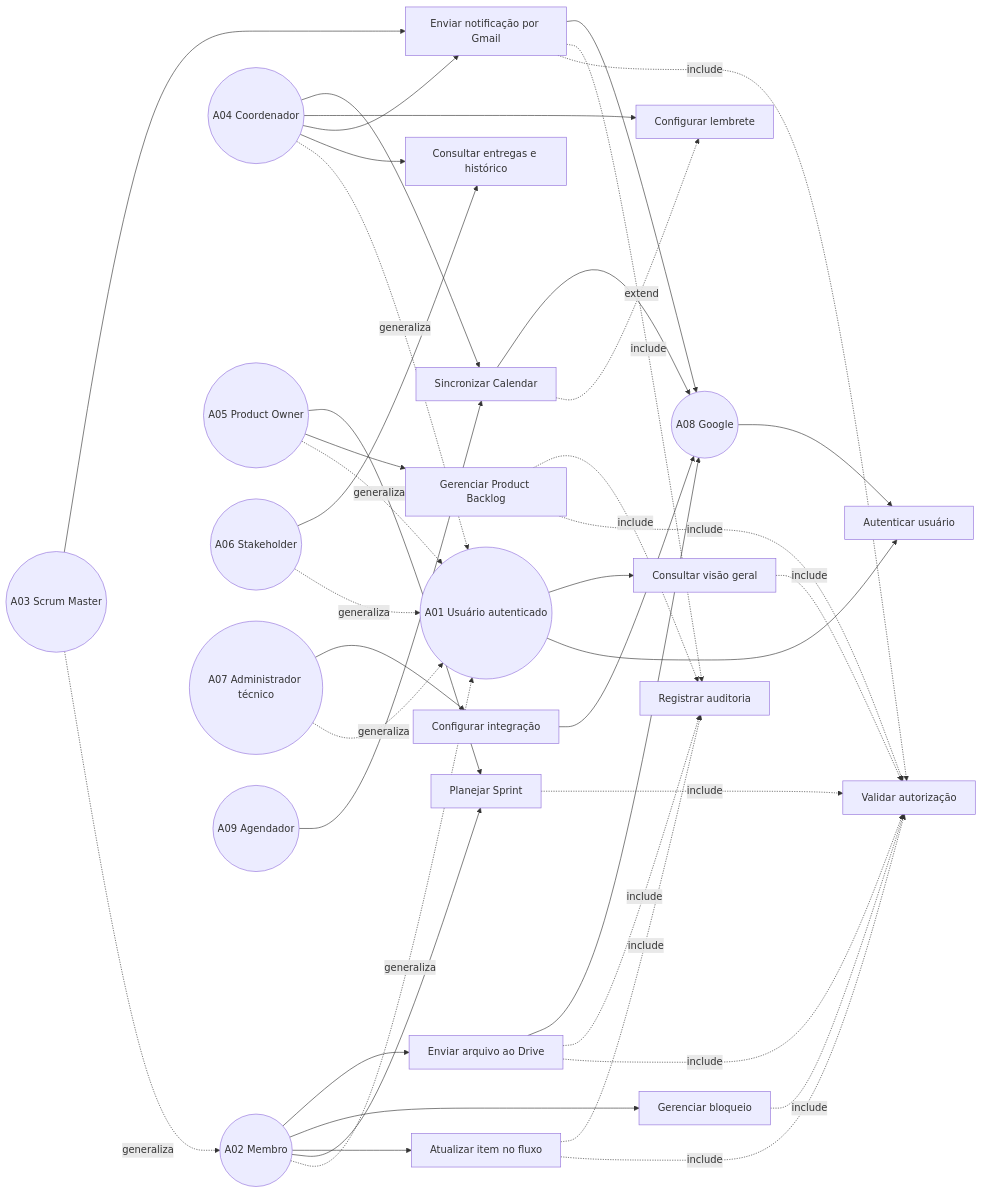
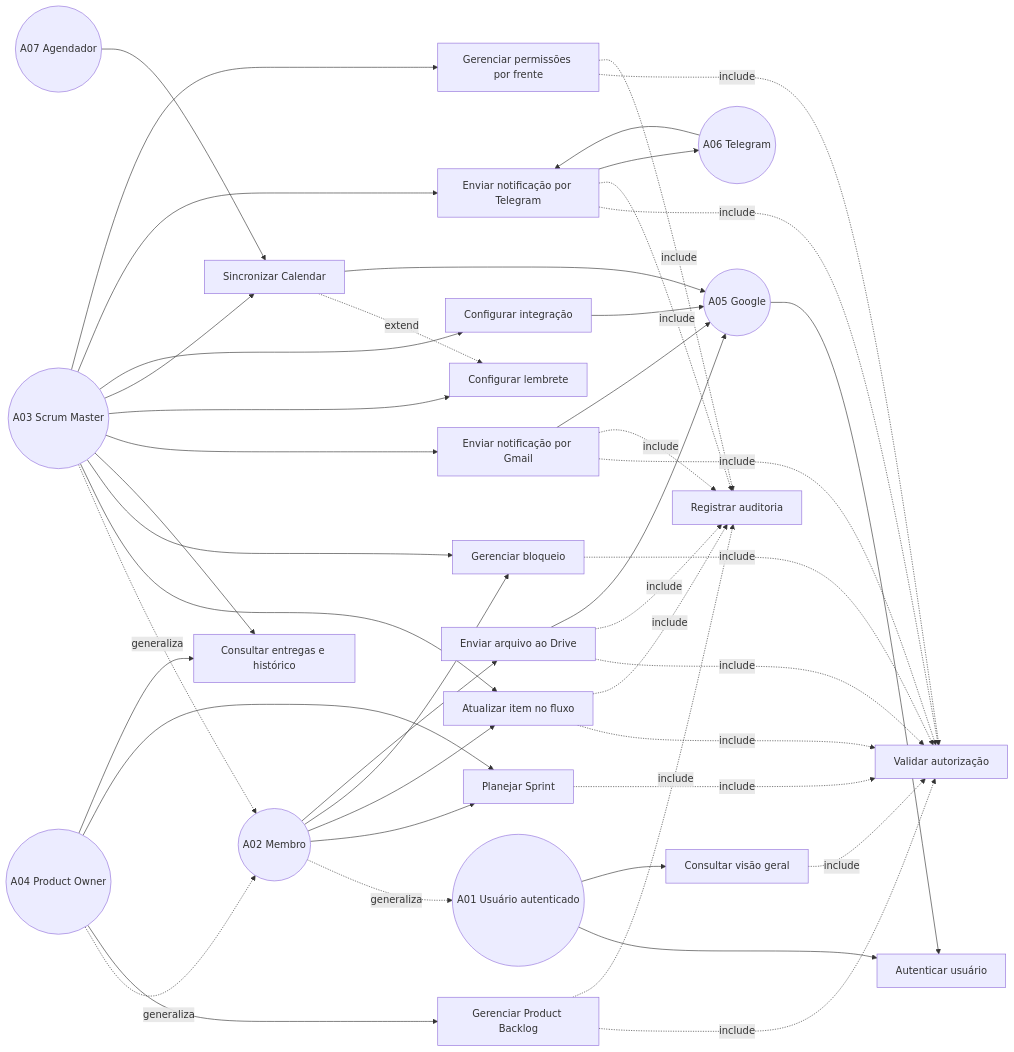
The diagram in docs/especificao-de-software/03-casos-de-uso.md (LuHenRe/PETBSI-SCRUM), drawn with Mermaid before and after one commit. The commit also changed other lines of this file and 13 other files, not shown here.

````diff
--- a/docs/especificao-de-software/03-casos-de-uso.md
+++ b/docs/especificao-de-software/03-casos-de-uso.md
@@ -28,69 +26,75 @@
 ```mermaid
 flowchart LR
     Usuario((A01 Usuário autenticado))
     Membro((A02 Membro))
     ScrumMaster((A03 Scrum Master))
-    Coordenador((A04 Coordenador))
-    PO((A05 Product Owner))
-    Stakeholder((A06 Stakeholder))
-    Admin((A07 Administrador técnico))
-    Google((A08 Google))
-    Scheduler((A09 Agendador))
+    PO((A04 Product Owner))
+    Google((A05 Google))
+    Telegram((A06 Telegram))
+    Scheduler((A07 Agendador))
 
     Membro -. generaliza .-> Usuario
     ScrumMaster -. generaliza .-> Membro
-    Coordenador -. generaliza .-> Usuario
-    PO -. generaliza .-> Usuario
-    Stakeholder -. generaliza .-> Usuario
-    Admin -. generaliza .-> Usuario
+    PO -. generaliza .-> Membro
 
     UC01[Autenticar usuário]
     UC02[Consultar visão geral]
     UC03[Gerenciar Product Backlog]
     UC04[Planejar Sprint]
     UC05[Atualizar item no fluxo]
     UC06[Gerenciar bloqueio]
     UC07[Consultar entregas e histórico]
     UC08[Enviar arquivo ao Drive]
     UC09[Enviar notificação por Gmail]
     UC10[Configurar lembrete]
     UC11[Sincronizar Calendar]
     UC12[Configurar integração]
     UC13[Validar autorização]
     UC14[Registrar auditoria]
+    UC15[Enviar notificação por Telegram]
+    UC16[Gerenciar permissões por frente]
 
     Usuario --> UC01
     Usuario --> UC02
     PO --> UC03
     PO --> UC04
     Membro --> UC04
     Membro --> UC05
     Membro --> UC06
-    Coordenador --> UC07
-    Stakeholder --> UC07
+    ScrumMaster --> UC05
+    ScrumMaster --> UC06
+    PO --> UC07
+    ScrumMaster --> UC07
     Membro --> UC08
-    Coordenador --> UC09
     ScrumMaster --> UC09
-    Coordenador --> UC10
-    Coordenador --> UC11
+    ScrumMaster --> UC10
+    ScrumMaster --> UC11
     Scheduler --> UC11
-    Admin --> UC12
+    ScrumMaster --> UC12
+    ScrumMaster --> UC15
+    Telegram --> UC15
+    ScrumMaster --> UC16
     Google --> UC01
 
     UC02 -. include .-> UC13
     UC03 -. include .-> UC13
     UC04 -. include .-> UC13
     UC05 -. include .-> UC13
     UC06 -. include .-> UC13
     UC08 -. include .-> UC13
     UC09 -. include .-> UC13
+    UC15 -. include .-> UC13
+    UC16 -. include .-> UC13
     UC03 -. include .-> UC14
     UC05 -. include .-> UC14
     UC08 -. include .-> UC14
     UC09 -. include .-> UC14
+    UC15 -. include .-> UC14
+    UC16 -. include .-> UC14
     UC11 -. extend .-> UC10
     UC08 --> Google
     UC09 --> Google
     UC11 --> Google
     UC12 --> Google
+    UC15 --> Telegram
 ```
````
